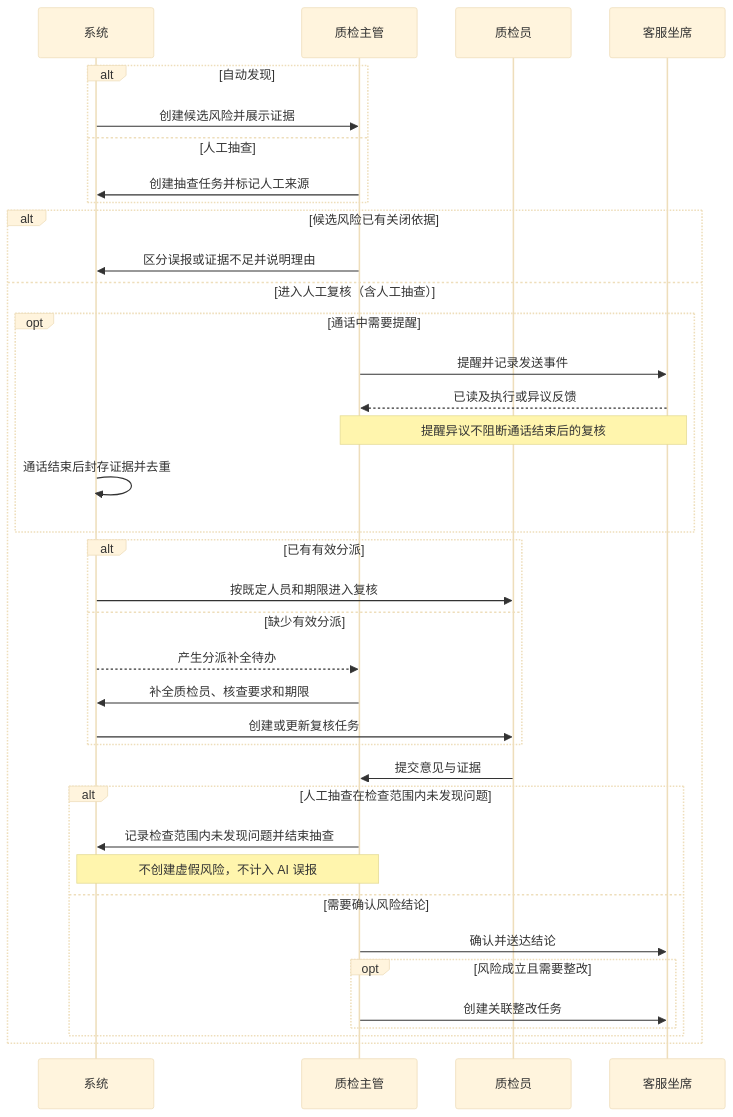
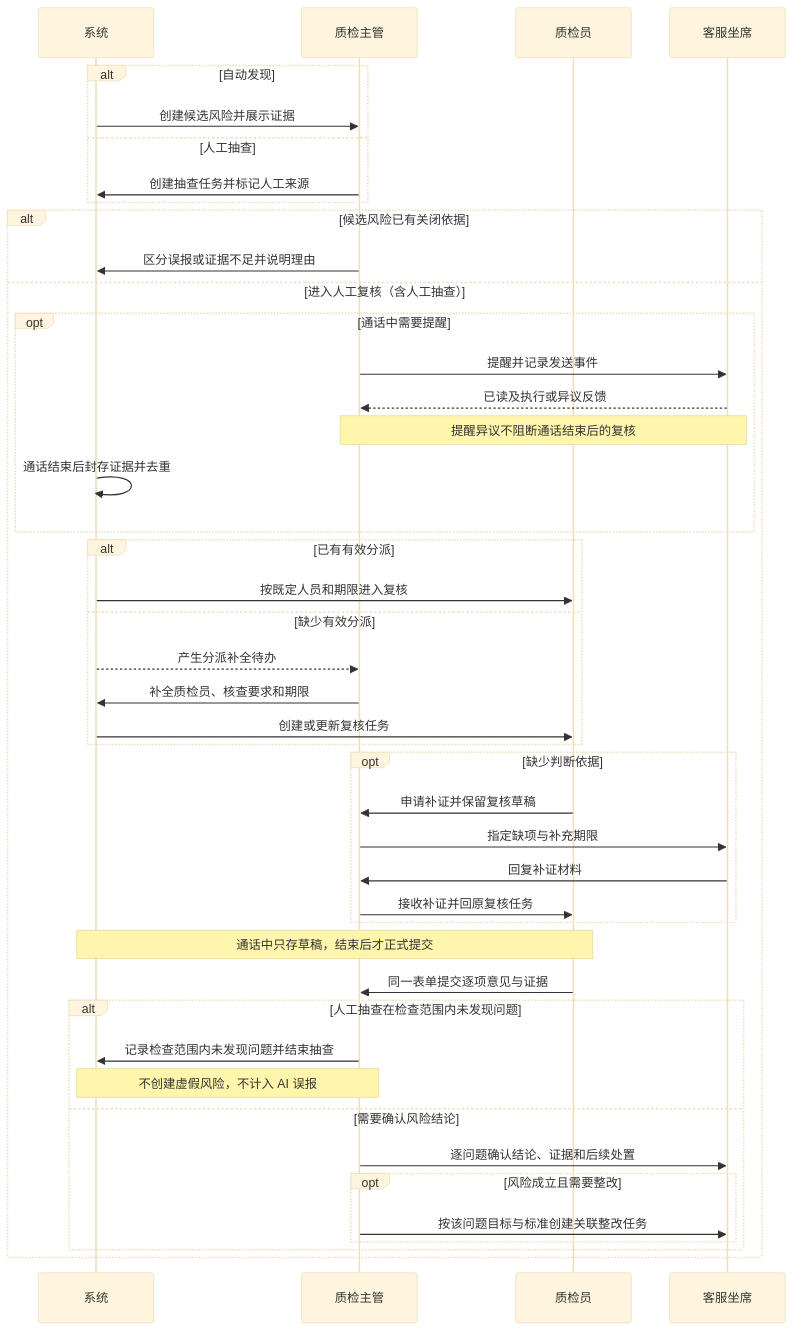
Before and after one commit to h-pl/bank-voice-qc-mvp-p0: the first of 3 diagrams in docs/reviews/PRD-银行语音质检-MVP-P0.md, drawn with Mermaid (base theme). The commit also changed other lines of this file and 39 other files, not shown here.

````diff
--- a/docs/reviews/PRD-银行语音质检-MVP-P0.md
+++ b/docs/reviews/PRD-银行语音质检-MVP-P0.md
@@ -217,39 +217,46 @@
 ```mermaid
 sequenceDiagram
     participant S as 系统
     participant Q as 质检主管
     participant I as 质检员
     participant A as 客服坐席
     alt 自动发现
         S->>Q: 创建候选风险并展示证据
     else 人工抽查
         Q->>S: 创建抽查任务并标记人工来源
     end
     alt 候选风险已有关闭依据
         Q->>S: 区分误报或证据不足并说明理由
     else 进入人工复核（含人工抽查）
         opt 通话中需要提醒
             Q->>A: 提醒并记录发送事件
             A-->>Q: 已读及执行或异议反馈
             Note over Q,A: 提醒异议不阻断通话结束后的复核
             S->>S: 通话结束后封存证据并去重
         end
         alt 已有有效分派
             S->>I: 按既定人员和期限进入复核
         else 缺少有效分派
             S-->>Q: 产生分派补全待办
             Q->>S: 补全质检员、核查要求和期限
             S->>I: 创建或更新复核任务
         end
-        I->>Q: 提交意见与证据
+        opt 缺少判断依据
+            I->>Q: 申请补证并保留复核草稿
+            Q->>A: 指定缺项与补充期限
+            A->>Q: 回复补证材料
+            Q->>I: 接收补证并回原复核任务
+        end
+        Note over S,I: 通话中只存草稿，结束后才正式提交
+        I->>Q: 同一表单提交逐项意见与证据
         alt 人工抽查在检查范围内未发现问题
             Q->>S: 记录检查范围内未发现问题并结束抽查
             Note over S,Q: 不创建虚假风险，不计入 AI 误报
         else 需要确认风险结论
-            Q->>A: 确认并送达结论
+            Q->>A: 逐问题确认结论、证据和后续处置
             opt 风险成立且需要整改
-                Q->>A: 创建关联整改任务
+                Q->>A: 按该问题目标与标准创建关联整改任务
             end
         end
     end
 ```
````
